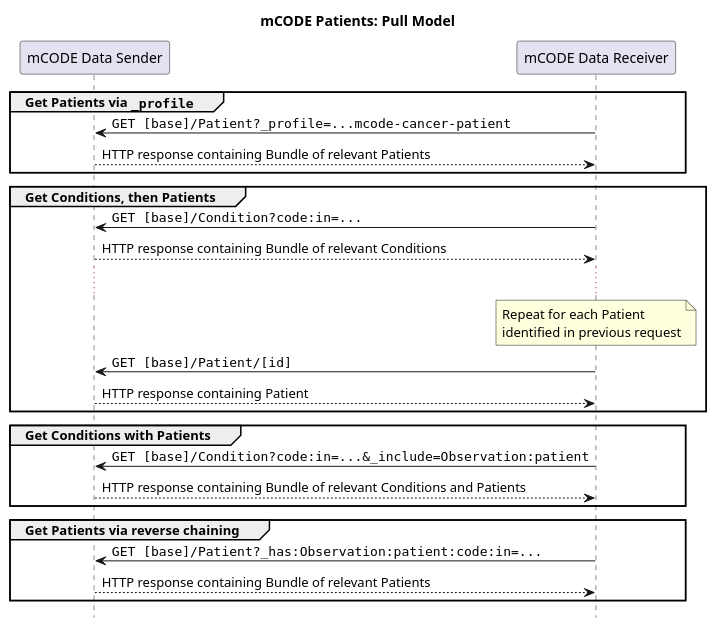
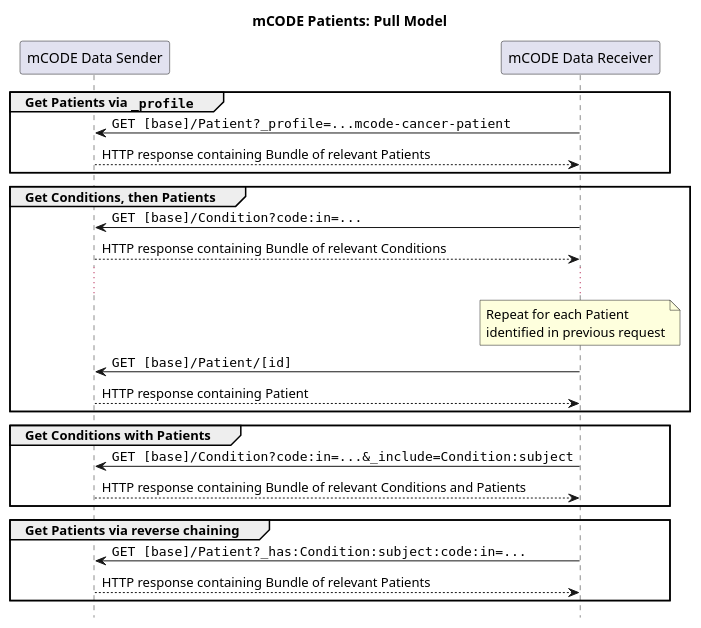
One commit to HL7/fhir-mCODE-ig changed the diagram in input/images-source/mcode-patients-pull.puml. Above: the diagram before and after it, drawn with PlantUML. The commit also changed 4 other files, not shown here.

```diff
--- a/input/images-source/mcode-patients-pull.puml
+++ b/input/images-source/mcode-patients-pull.puml
@@ -1,36 +1,36 @@
 @startuml
 skinparam defaultFontName Arial
 
 title mCODE Patients: Pull Model
 hide footbox
 participant "mCODE Data Sender" as Sender
 participant "mCODE Data Receiver" as Receiver
 
 group Get Patients via ""_profile""
     "Receiver" -> "Sender" : ""GET [base]/Patient?_profile=...mcode-cancer-patient""
     "Sender" --> "Receiver" : HTTP response containing Bundle of relevant Patients
 end
 
 group Get Conditions, then Patients
     "Receiver" -> "Sender" : ""GET [base]/Condition?code:in=...""
     "Sender" --> "Receiver" : HTTP response containing Bundle of relevant Conditions
     ...
     note over Receiver
     Repeat for each Patient
     identified in previous request
     end note
     "Receiver" -> "Sender" : ""GET [base]/Patient/[id]""
     "Sender" --> "Receiver" : HTTP response containing Patient
 end
 
 group Get Conditions with Patients
-    "Receiver" -> "Sender" : ""GET [base]/Condition?code:in=...&_include=Observation:patient""
+    "Receiver" -> "Sender" : ""GET [base]/Condition?code:in=...&_include=Condition:subject""
     "Sender" --> "Receiver" : HTTP response containing Bundle of relevant Conditions and Patients
 end
 
 group Get Patients via reverse chaining
-    "Receiver" -> "Sender" : ""GET [base]/Patient?_has:Observation:patient:code:in=...""
+    "Receiver" -> "Sender" : ""GET [base]/Patient?_has:Condition:subject:code:in=...""
     "Sender" --> "Receiver" : HTTP response containing Bundle of relevant Patients
 end
 
 @enduml
```
